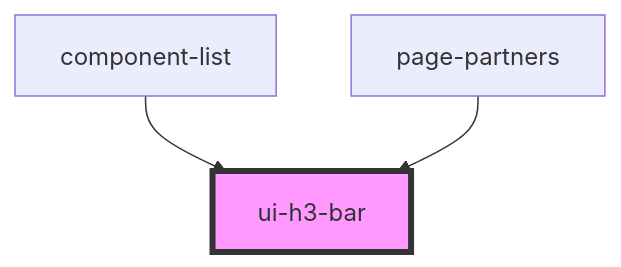
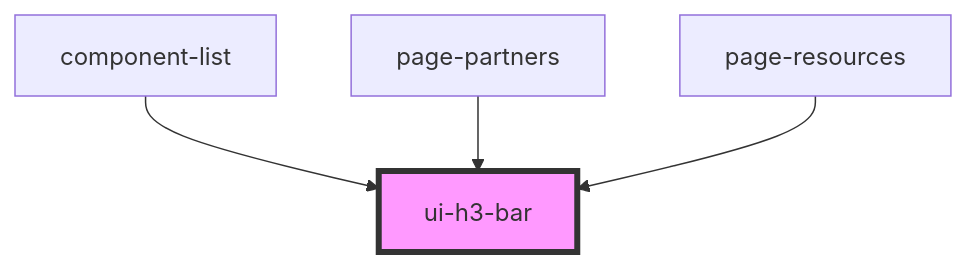
The diagram in site/src/components/ui-h3-bar/readme.md (pizza-to-the-polls/power-the-polls), drawn with Mermaid before and after one commit. The commit also changed other lines of this file and 15 other files, not shown here.

````diff
--- a/site/src/components/ui-h3-bar/readme.md
+++ b/site/src/components/ui-h3-bar/readme.md
@@ -16,6 +17,7 @@
 ```mermaid
 graph TD;
   component-list --> ui-h3-bar
   page-partners --> ui-h3-bar
+  page-resources --> ui-h3-bar
   style ui-h3-bar fill:#f9f,stroke:#333,stroke-width:4px
 ```
````
